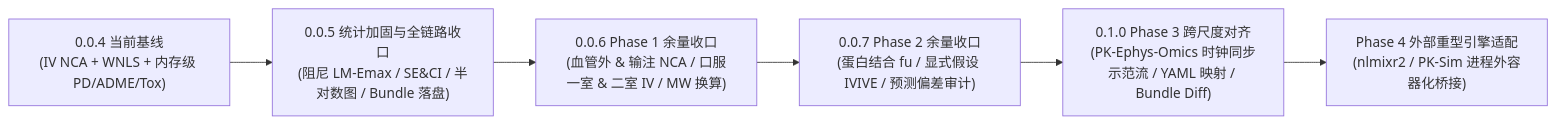
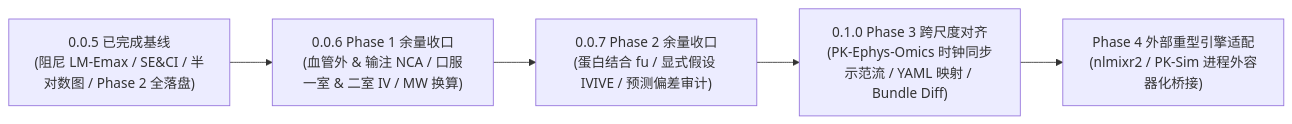
The second of 2 diagrams in docs/project-evaluation.md (JianyunZhang/PharmacoWeave), drawn with Mermaid before and after one commit. The commit also changed other lines of this file and 51 other files, not shown here.

````diff
--- a/docs/project-evaluation.md
+++ b/docs/project-evaluation.md
@@ -128,8 +66,7 @@
 ```mermaid
 flowchart LR
-    B0["0.0.4 当前基线<br/>(IV NCA + WNLS + 内存级 PD/ADME/Tox)"] --> M5["0.0.5 统计加固与全链路收口<br/>(阻尼 LM-Emax / SE&CI / 半对数图 / Bundle 落盘)"]
-    M5 --> M6["0.0.6 Phase 1 余量收口<br/>(血管外 & 输注 NCA / 口服一室 & 二室 IV / MW 换算)"]
+    M5["0.0.5 已完成基线<br/>(阻尼 LM-Emax / SE&CI / 半对数图 / Phase 2 全落盘)"] --> M6["0.0.6 Phase 1 余量收口<br/>(血管外 & 输注 NCA / 口服一室 & 二室 IV / MW 换算)"]
     M6 --> M7["0.0.7 Phase 2 余量收口<br/>(蛋白结合 fu / 显式假设 IVIVE / 预测偏差审计)"]
     M7 --> M8["0.1.0 Phase 3 跨尺度对齐<br/>(PK-Ephys-Omics 时钟同步示范流 / YAML 映射 / Bundle Diff)"]
     M8 --> P4["Phase 4 外部重型引擎适配<br/>(nlmixr2 / PK-Sim 进程外容器化桥接)"]
 ```
````
